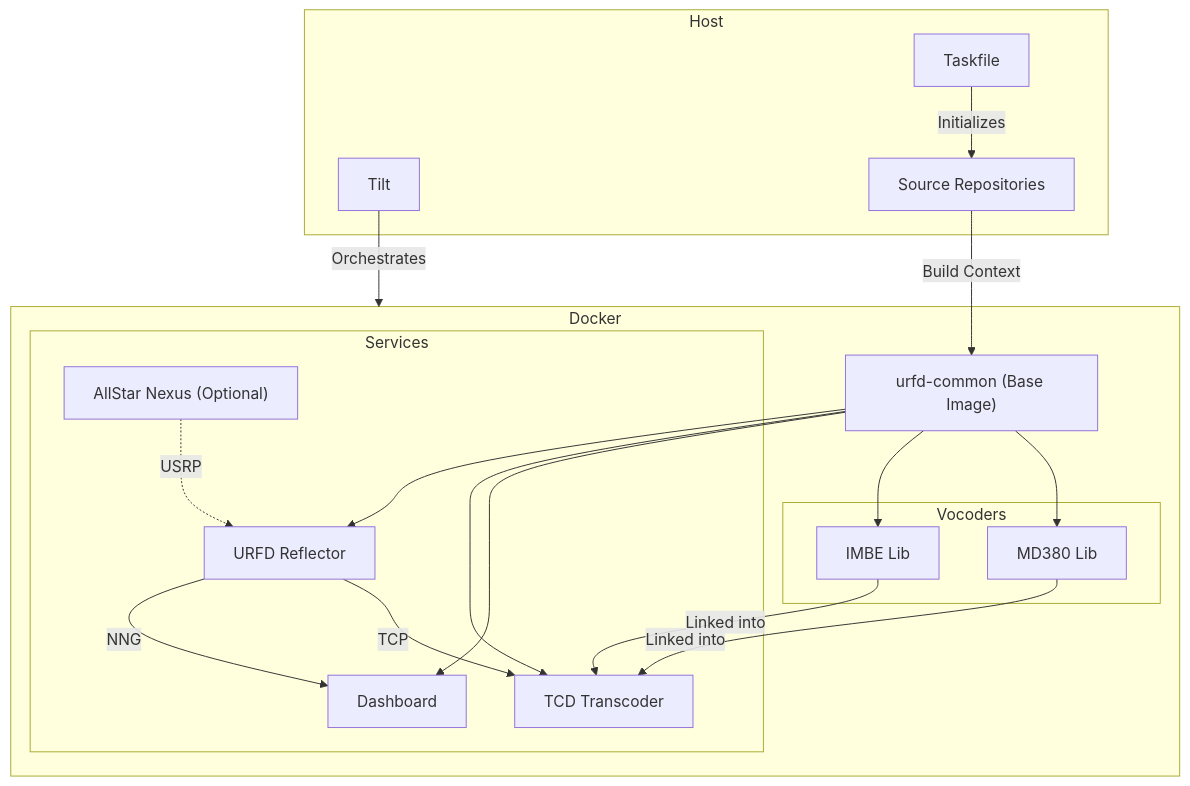
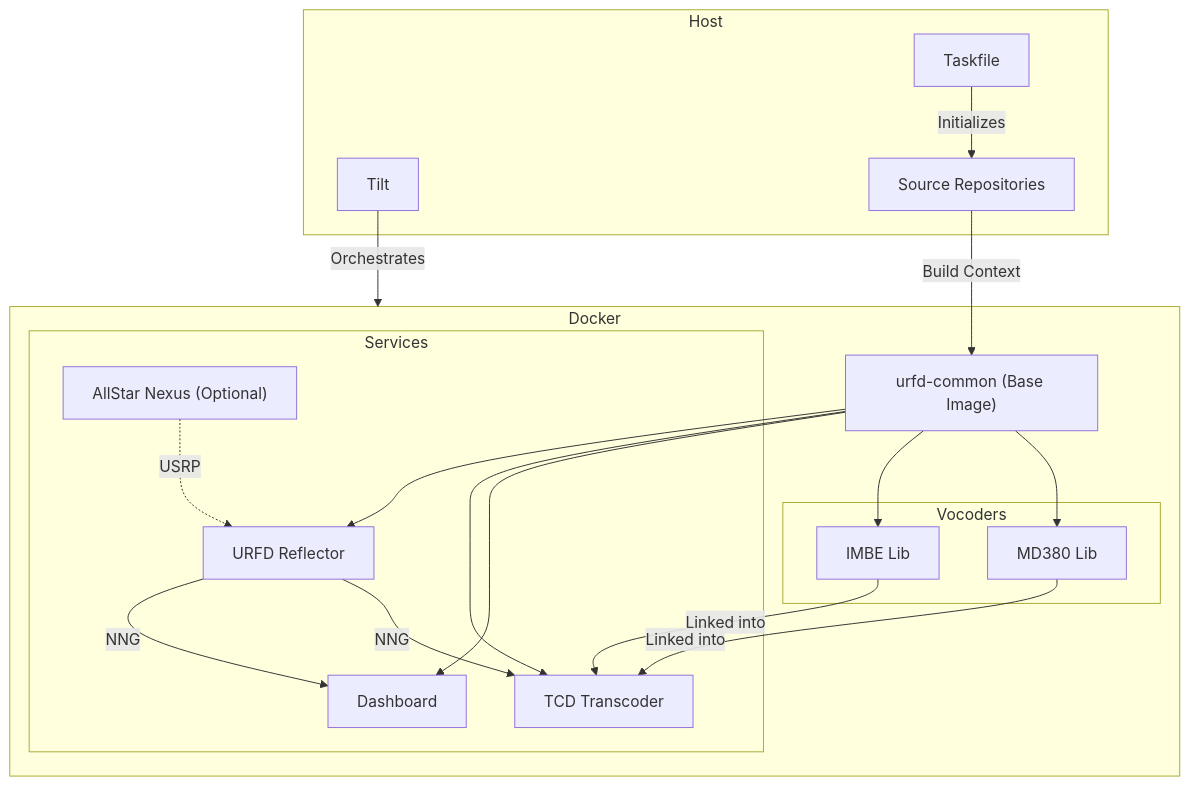
The diagram in README.md (dbehnke/urfd-tilt), drawn with Mermaid before and after one commit.

Commit message:
fix: correct URFD-TCD connection protocol in diagram (TCP -> NNG)
TCD connects to URFD using NNG protocol on port 10100, not raw TCP.
TCD's Makefile shows it links with libnng.

````diff
--- a/README.md
+++ b/README.md
@@ -9,33 +9,33 @@
 ```mermaid
 graph TD
     subgraph Host
         Tilt[Tilt]
         Task[Taskfile]
         Repos[Source Repositories]
     end
 
     subgraph Docker
         Common["urfd-common (Base Image)"]
         
         subgraph Vocoders
             Imbe[IMBE Lib]
             MD380[MD380 Lib]
         end
 
         subgraph Services
             URFD[URFD Reflector]
             TCD[TCD Transcoder]
             Dash[Dashboard]
             Nexus["AllStar Nexus (Optional)"]
         end
     end
 
     Tilt -->|Orchestrates| Docker
     Task -->|Initializes| Repos
     Repos -->|Build Context| Common
     Common --> Imbe & MD380 & URFD & TCD & Dash
     Imbe & MD380 -->|Linked into| TCD
     URFD -->|NNG| Dash
-    URFD -->|TCP| TCD
+    URFD -->|NNG| TCD
     Nexus -.->|USRP| URFD
 ```
````
